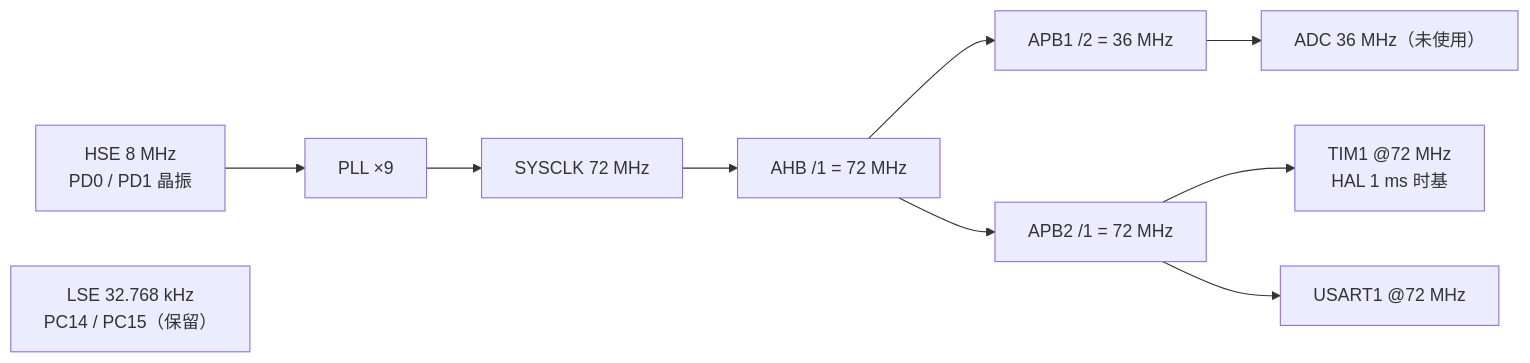
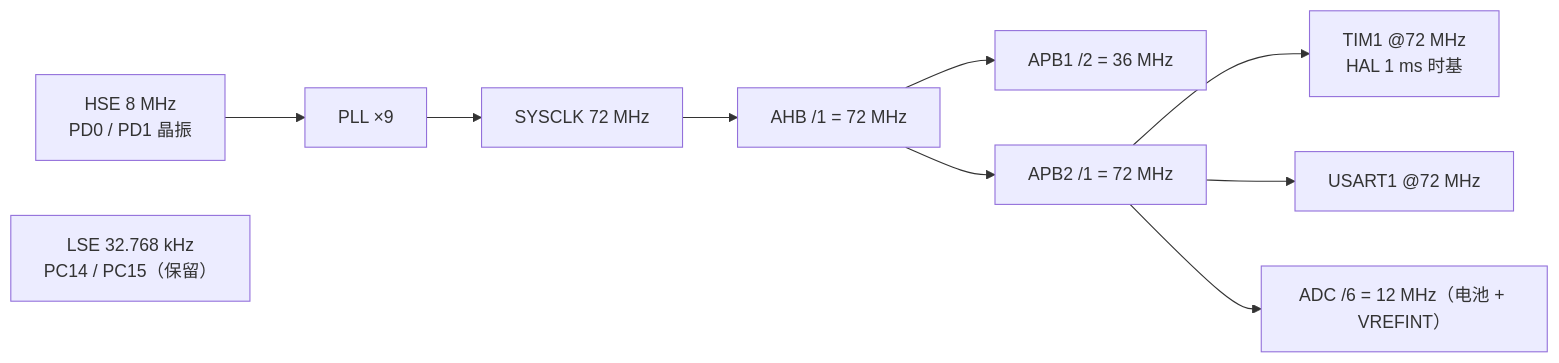
The diagram in docs_sensor/03-资源分配.md (xxz-m/stm32-nede-fw), drawn with Mermaid before and after one commit. The commit also changed other lines of this file and 89 other files, not shown here.

````diff
--- a/docs_sensor/03-资源分配.md
+++ b/docs_sensor/03-资源分配.md
@@ -69,12 +69,12 @@
 ```mermaid
 graph LR
     HSE["HSE 8 MHz<br/>PD0 / PD1 晶振"] --> PLL["PLL ×9"]
     LSE["LSE 32.768 kHz<br/>PC14 / PC15（保留）"]
     PLL --> SYSCLK["SYSCLK 72 MHz"]
     SYSCLK --> AHB["AHB /1 = 72 MHz"]
     AHB --> APB1["APB1 /2 = 36 MHz"]
     AHB --> APB2["APB2 /1 = 72 MHz"]
     APB2 --> TIM1["TIM1 @72 MHz<br/>HAL 1 ms 时基"]
     APB2 --> USART1["USART1 @72 MHz"]
-    APB1 --> ADC["ADC 36 MHz（未使用）"]
+    APB2 --> ADC["ADC /6 = 12 MHz（电池 + VREFINT）"]
 ```
````
